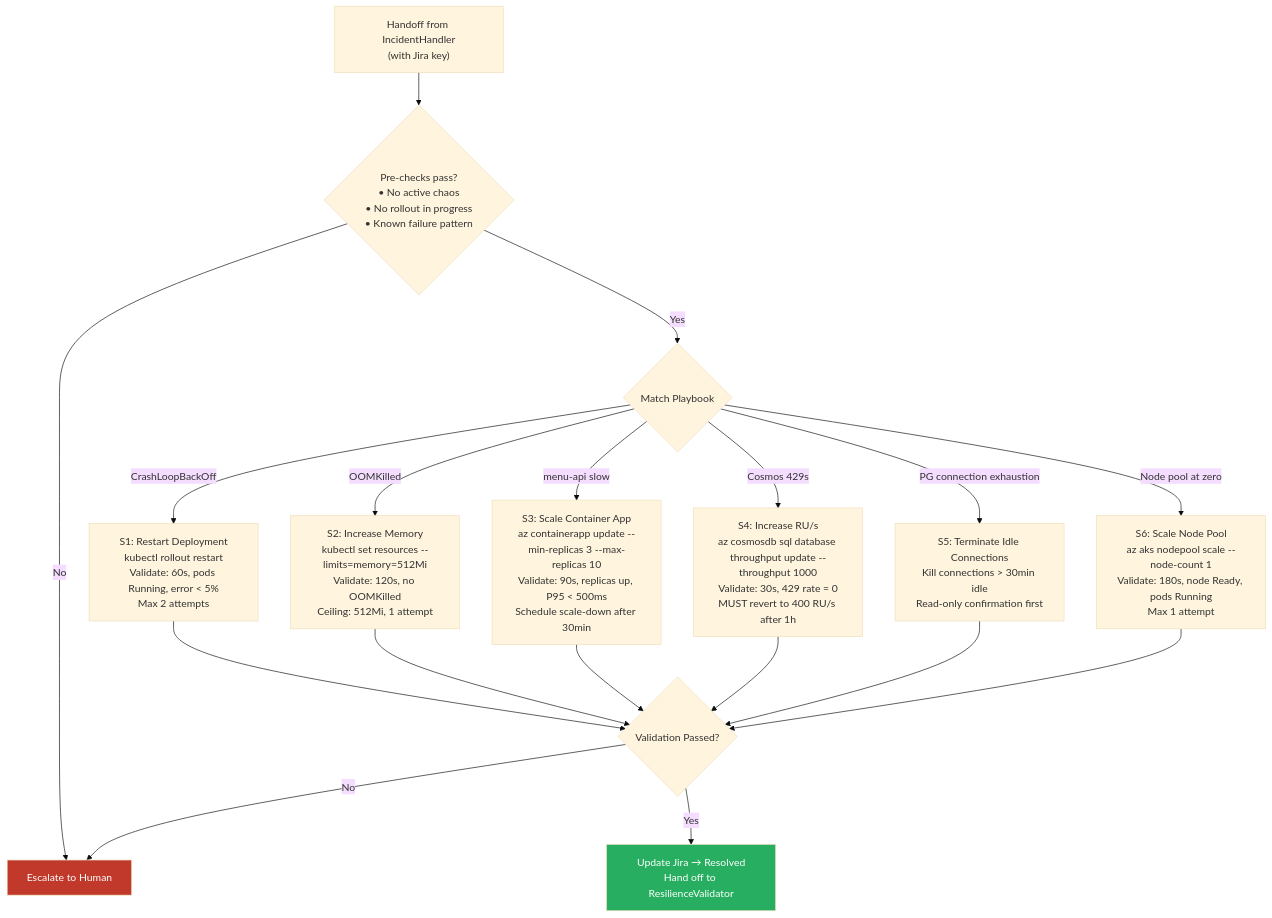
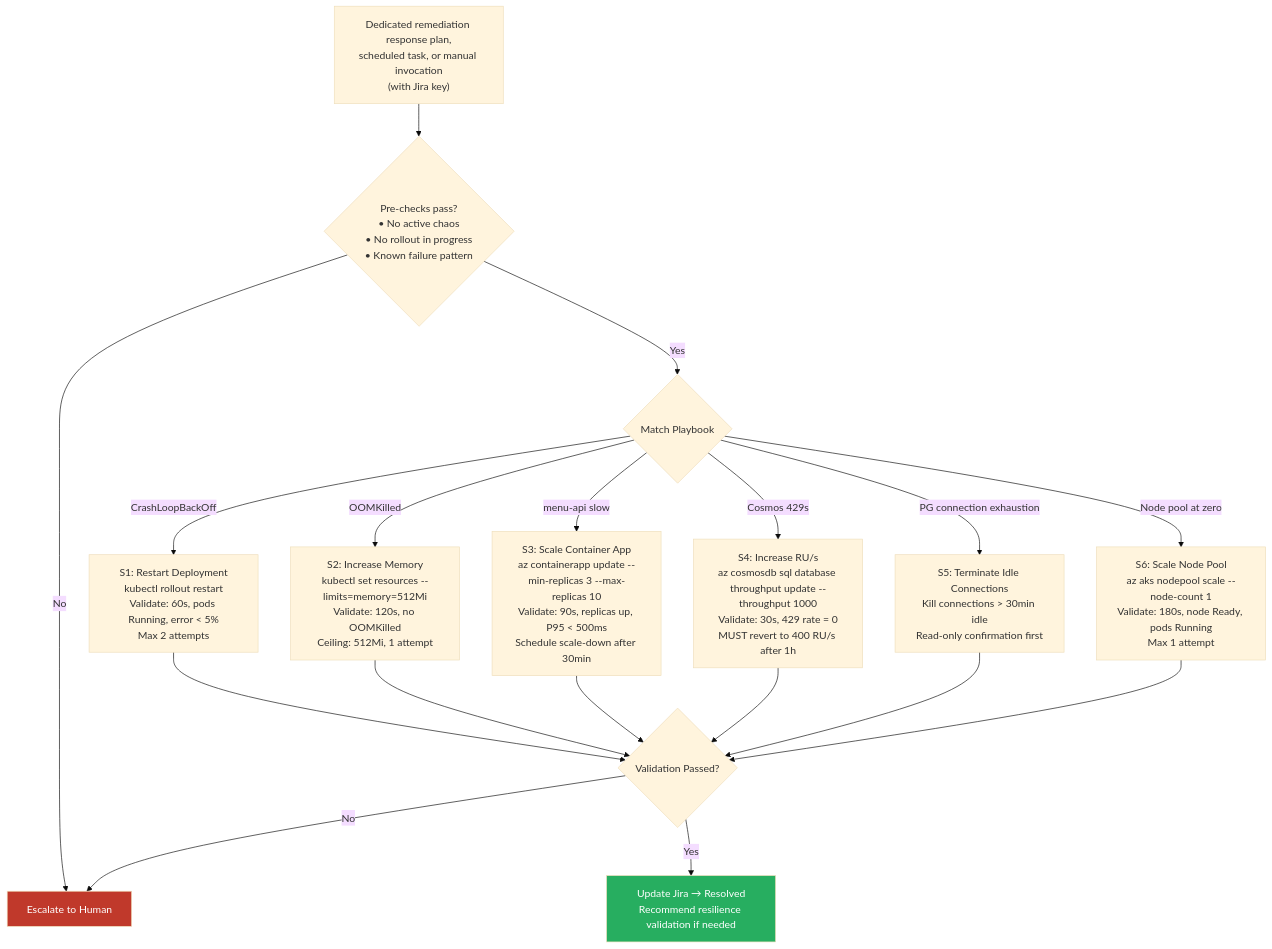
The fifth of 8 diagrams in docs/sre-architecture.md (san360/azure-sre), drawn with Mermaid (base theme) before and after one commit. The commit also changed other lines of this file and 12 other files, not shown here.

First line of the commit message:
Refactor auto-remediation proposal and incident response architecture

````diff
--- a/docs/sre-architecture.md
+++ b/docs/sre-architecture.md
@@ -260,29 +263,29 @@
 ```mermaid
 graph TD
-    TRIGGER["Handoff from IncidentHandler<br/>(with Jira key)"] --> PRECHECK
+    TRIGGER["Dedicated remediation response plan,<br/>scheduled task, or manual invocation<br/>(with Jira key)"] --> PRECHECK
 
     PRECHECK{"Pre-checks pass?<br/>• No active chaos<br/>• No rollout in progress<br/>• Known failure pattern"}
 
     PRECHECK -->|"No"| ESCALATE["Escalate to Human"]
 
     PRECHECK -->|"Yes"| MATCH{"Match Playbook"}
 
     MATCH -->|"CrashLoopBackOff"| S1["S1: Restart Deployment<br/>kubectl rollout restart<br/>Validate: 60s, pods Running, error < 5%<br/>Max 2 attempts"]
 
     MATCH -->|"OOMKilled"| S2["S2: Increase Memory<br/>kubectl set resources --limits=memory=512Mi<br/>Validate: 120s, no OOMKilled<br/>Ceiling: 512Mi, 1 attempt"]
 
     MATCH -->|"menu-api slow"| S3["S3: Scale Container App<br/>az containerapp update --min-replicas 3 --max-replicas 10<br/>Validate: 90s, replicas up, P95 < 500ms<br/>Schedule scale-down after 30min"]
 
     MATCH -->|"Cosmos 429s"| S4["S4: Increase RU/s<br/>az cosmosdb sql database throughput update --throughput 1000<br/>Validate: 30s, 429 rate = 0<br/>MUST revert to 400 RU/s after 1h"]
 
     MATCH -->|"PG connection exhaustion"| S5["S5: Terminate Idle Connections<br/>Kill connections > 30min idle<br/>Read-only confirmation first"]
 
     MATCH -->|"Node pool at zero"| S6["S6: Scale Node Pool<br/>az aks nodepool scale --node-count 1<br/>Validate: 180s, node Ready, pods Running<br/>Max 1 attempt"]
 
     S1 & S2 & S3 & S4 & S5 & S6 --> VALIDATE{"Validation Passed?"}
-    VALIDATE -->|"Yes"| JIRA_OK["Update Jira → Resolved<br/>Hand off to ResilienceValidator"]
+    VALIDATE -->|"Yes"| JIRA_OK["Update Jira → Resolved<br/>Recommend resilience validation if needed"]
     VALIDATE -->|"No"| ESCALATE
 
     style ESCALATE fill:#c0392b,color:#fff
     style JIRA_OK fill:#27ae60,color:#fff
 ```
````
